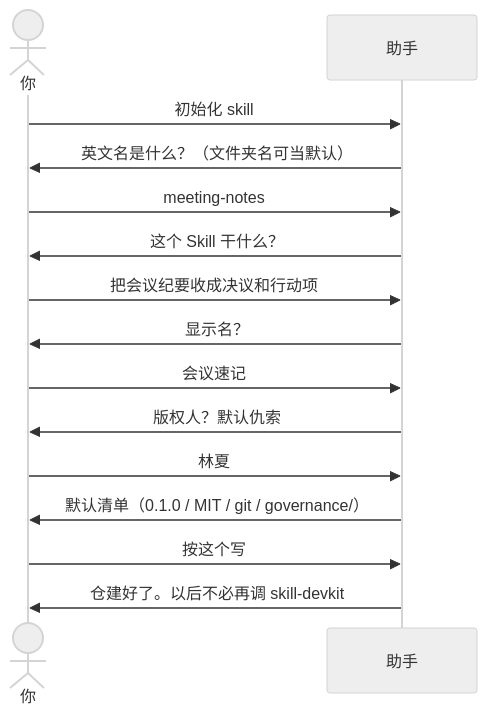
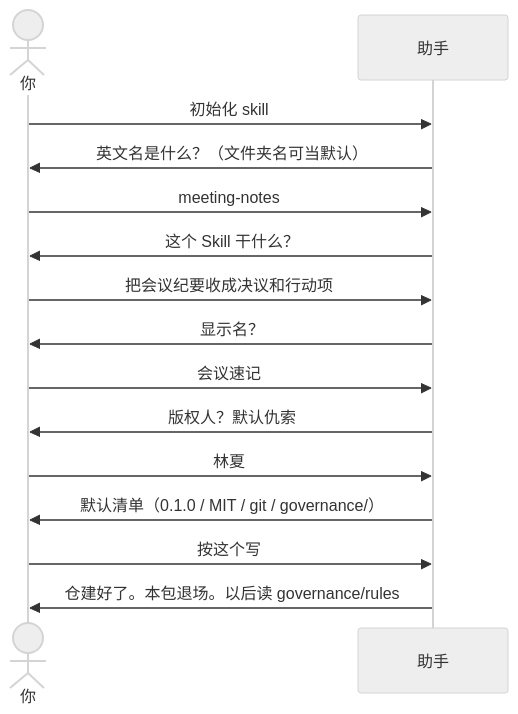
The first of 2 diagrams in examples/01-初始化空文件夹.md (qiusuo0226/skill-devkit-skill), drawn with Mermaid (neutral theme) before and after one commit. The commit also changed other lines of this file and 28 other files, not shown here.

````diff
--- a/examples/01-初始化空文件夹.md
+++ b/examples/01-初始化空文件夹.md
@@ -11,18 +11,18 @@
 ```mermaid
 sequenceDiagram
     actor You as 你
     participant AI as 助手
 
     You->>AI: 初始化 skill
     AI->>You: 英文名是什么？（文件夹名可当默认）
     You->>AI: meeting-notes
     AI->>You: 这个 Skill 干什么？
     You->>AI: 把会议纪要收成决议和行动项
     AI->>You: 显示名？
     You->>AI: 会议速记
     AI->>You: 版权人？默认仇索
     You->>AI: 林夏
     AI->>You: 默认清单（0.1.0 / MIT / git / governance/）
     You->>AI: 按这个写
-    AI->>You: 仓建好了。以后不必再调 skill-devkit
+    AI->>You: 仓建好了。本包退场。以后读 governance/rules
 ```
````
